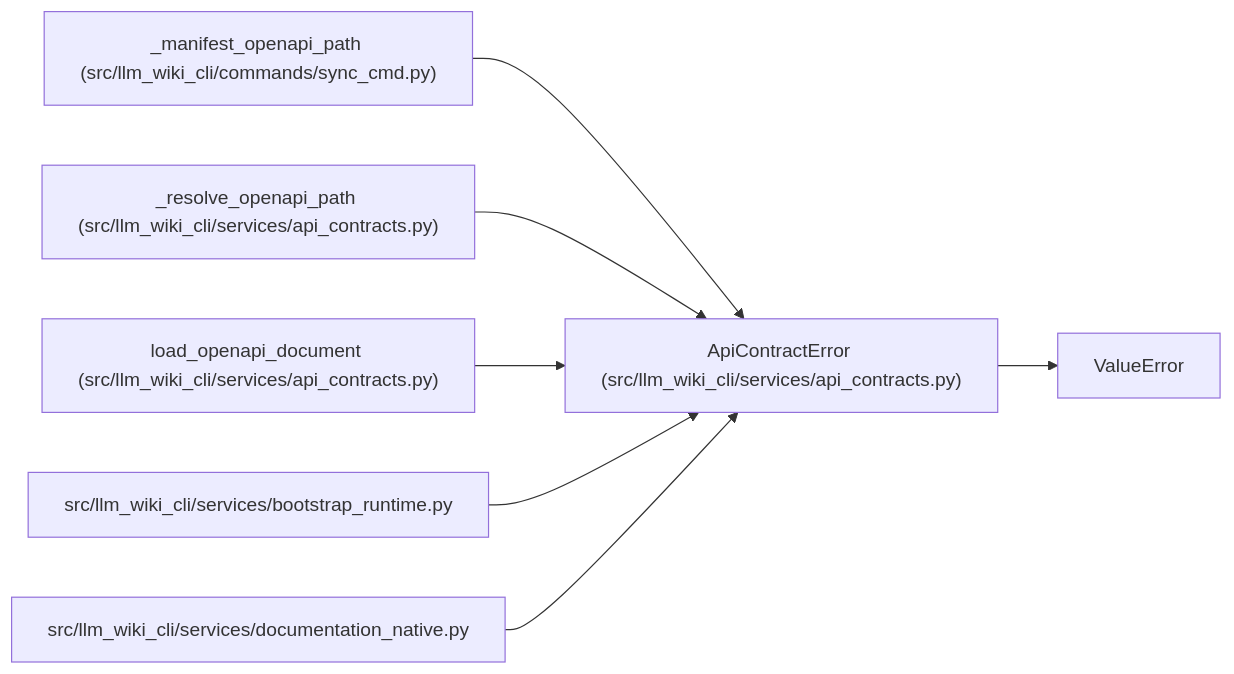
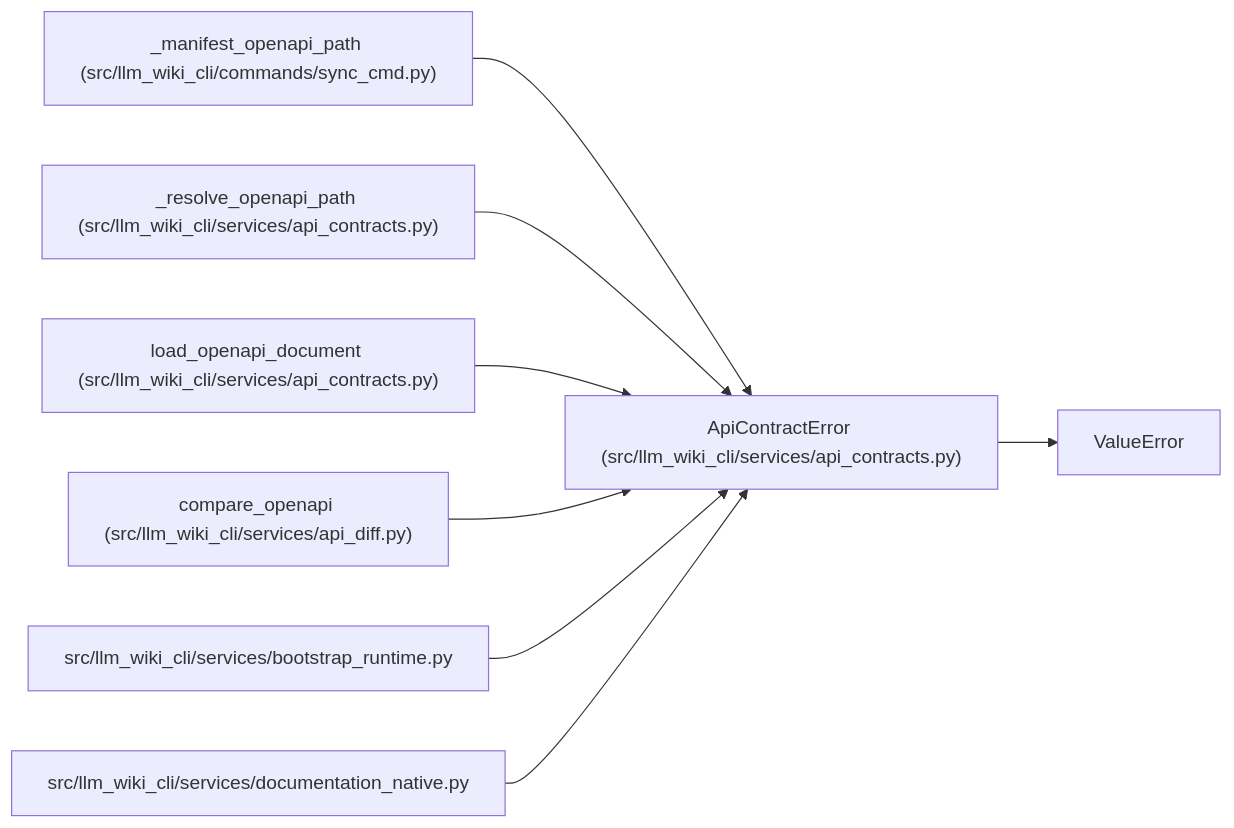
The diagram in docs/llm_wiki/entities/ApiContractError.md (Denissvgn/python-wiki-llm), drawn with Mermaid before and after one commit. The commit also changed other lines of this file and 152 other files, not shown here.

````diff
--- a/docs/llm_wiki/entities/ApiContractError.md
+++ b/docs/llm_wiki/entities/ApiContractError.md
@@ -23,22 +23,25 @@
 ```mermaid
 flowchart LR
     n0["ApiContractError (src/llm_wiki_cli/services/api_contracts.py)"]
     n1["ValueError"]
     n2["_manifest_openapi_path (src/llm_wiki_cli/commands/sync_cmd.py)"]
     n3["_resolve_openapi_path (src/llm_wiki_cli/services/api_contracts.py)"]
     n4["load_openapi_document (src/llm_wiki_cli/services/api_contracts.py)"]
-    n5["src/llm_wiki_cli/services/bootstrap_runtime.py"]
-    n6["src/llm_wiki_cli/services/documentation_native.py"]
+    n5["compare_openapi (src/llm_wiki_cli/services/api_diff.py)"]
+    n6["src/llm_wiki_cli/services/bootstrap_runtime.py"]
+    n7["src/llm_wiki_cli/services/documentation_native.py"]
     n0 --> n1
     n2 --> n0
     n3 --> n0
     n4 --> n0
     n5 --> n0
     n6 --> n0
+    n7 --> n0
     click n0 "../modules/api_contracts.md"
     click n2 "../modules/sync_cmd.md"
     click n3 "../modules/api_contracts.md"
     click n4 "../modules/api_contracts.md"
-    click n5 "../modules/bootstrap_runtime.md"
-    click n6 "../modules/documentation_native.md"
+    click n5 "../modules/api_diff.md"
+    click n6 "../modules/bootstrap_runtime.md"
+    click n7 "../modules/documentation_native.md"
 ```
````
